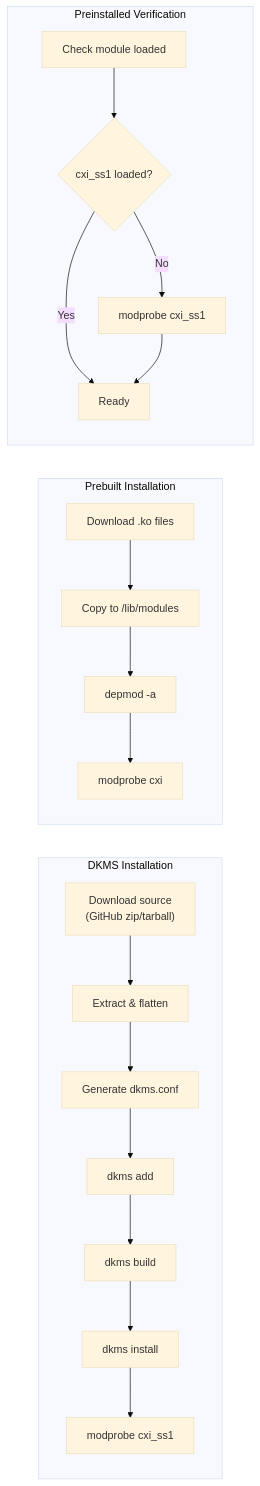
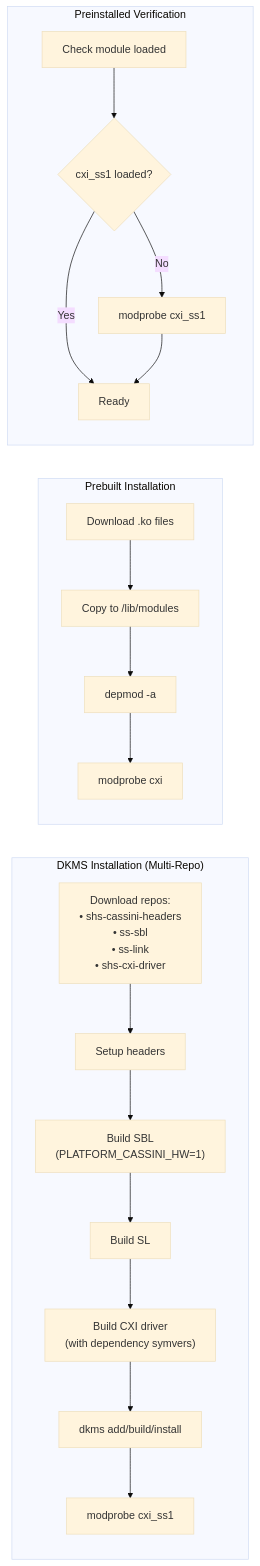
The fourth of 4 diagrams in README.md (sielicki/slingshot-operator), drawn with Mermaid (base theme) before and after one commit. The commit also changed other lines of this file and 6 other files, not shown here.

````diff
--- a/README.md
+++ b/README.md
@@ -230,27 +234,27 @@
 ```mermaid
 flowchart LR
-    subgraph DKMS["DKMS Installation"]
+    subgraph DKMS["DKMS Installation (Multi-Repo)"]
         direction TB
-        D1["Download source<br/>(GitHub zip/tarball)"] --> D2["Extract & flatten"]
-        D2 --> D3["Generate dkms.conf"]
-        D3 --> D4["dkms add"]
-        D4 --> D5["dkms build"]
-        D5 --> D6["dkms install"]
-        D6 --> D7["modprobe cxi_ss1"]
+        D0["Download repos:<br/>• shs-cassini-headers<br/>• ss-sbl<br/>• ss-link<br/>• shs-cxi-driver"] --> D1["Setup headers"]
+        D1 --> D2["Build SBL<br/>(PLATFORM_CASSINI_HW=1)"]
+        D2 --> D3["Build SL"]
+        D3 --> D4["Build CXI driver<br/>(with dependency symvers)"]
+        D4 --> D5["dkms add/build/install"]
+        D5 --> D6["modprobe cxi_ss1"]
     end
 
     subgraph Prebuilt["Prebuilt Installation"]
         direction TB
         P1["Download .ko files"] --> P2["Copy to /lib/modules"]
         P2 --> P3["depmod -a"]
         P3 --> P4["modprobe cxi"]
     end
 
     subgraph Preinstalled["Preinstalled Verification"]
         direction TB
         V1["Check module loaded"] --> V2{"cxi_ss1 loaded?"}
         V2 -->|No| V3["modprobe cxi_ss1"]
         V2 -->|Yes| V4["Ready"]
         V3 --> V4
     end
 ```
````
